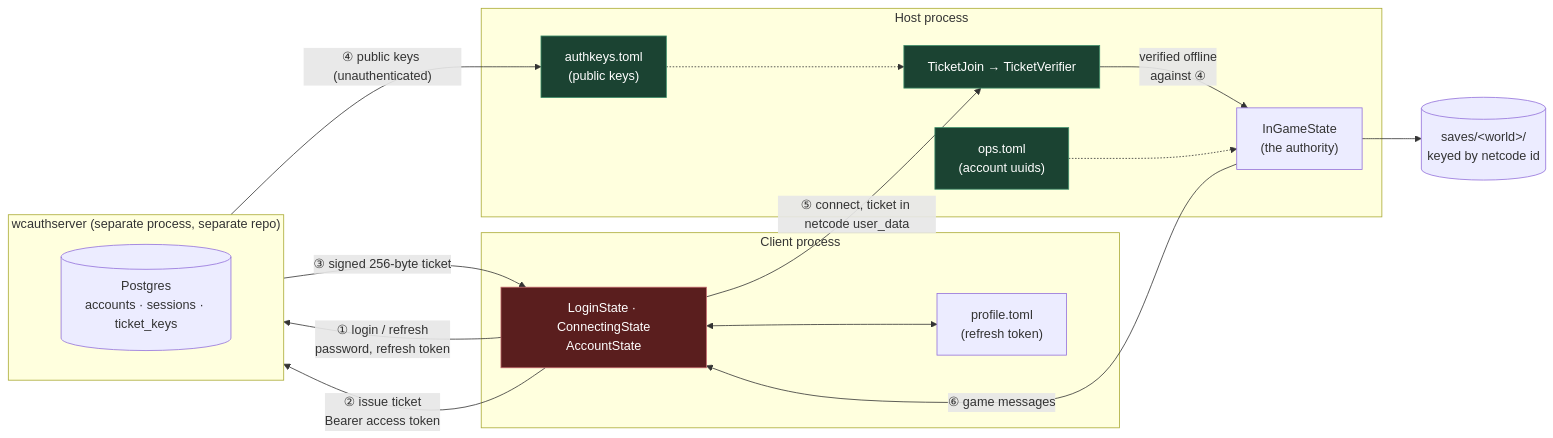
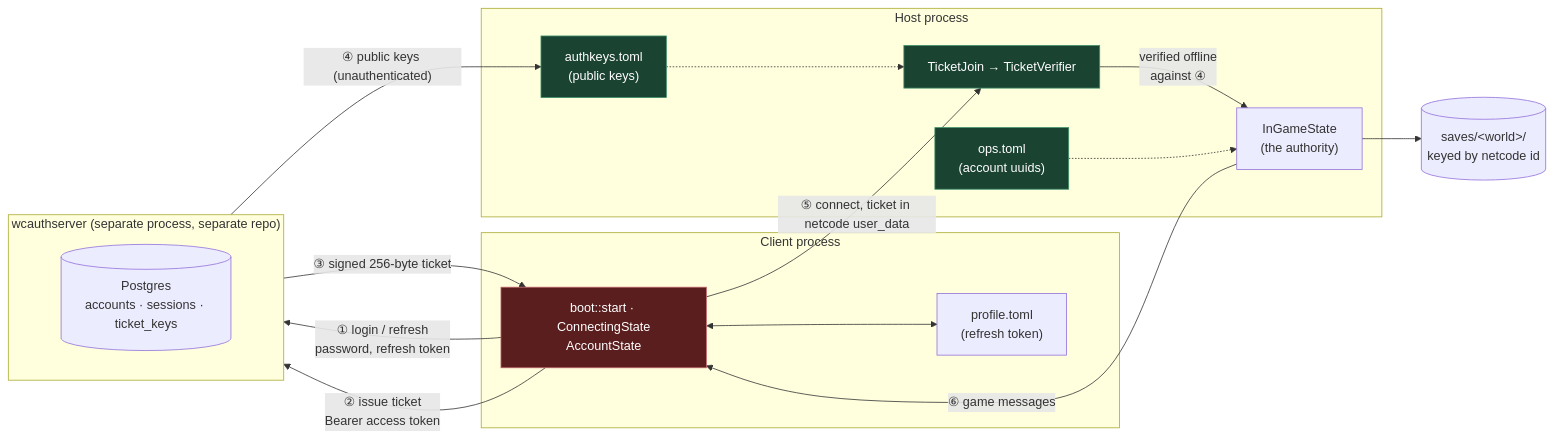
One commit to gustaavik/wyvencraft changed the diagram in docs/README.md. Above: the diagram before and after it, drawn with Mermaid. The commit also changed 18 other files, not shown here.

First line of the commit message:
Refactor authentication flow: remove login screen and integrate account handling

````diff
--- a/docs/README.md
+++ b/docs/README.md
@@ -32,37 +32,37 @@
 ```mermaid
 flowchart LR
     subgraph AS["wcauthserver (separate process, separate repo)"]
         DB[("Postgres<br/>accounts · sessions · ticket_keys")]
     end
 
     subgraph CP["Client process"]
-        CL["LoginState · ConnectingState<br/>AccountState"]
+        CL["boot::start · ConnectingState<br/>AccountState"]
         PT["profile.toml<br/>(refresh token)"]
     end
 
     subgraph HP["Host process"]
         HV["TicketJoin → TicketVerifier"]
         HG["InGameState<br/>(the authority)"]
         AK["authkeys.toml<br/>(public keys)"]
         OPS["ops.toml<br/>(account uuids)"]
     end
 
     SV[("saves/&lt;world&gt;/<br/>keyed by netcode id")]
 
     CL -- "① login / refresh<br/>password, refresh token" --> AS
     CL -- "② issue ticket<br/>Bearer access token" --> AS
     AS -- "③ signed 256-byte ticket" --> CL
     AS -- "④ public keys (unauthenticated)" --> AK
     CL -- "⑤ connect, ticket in netcode user_data" --> HV
     HV -- "verified offline<br/>against ④" --> HG
     AK -.-> HV
     OPS -.-> HG
     HG -- "⑥ game messages" --> CL
     HG --> SV
     CL <--> PT
 
     classDef proven fill:#1b4332,stroke:#40916c,color:#fff
     classDef asserted fill:#5a1e1e,stroke:#c1666b,color:#fff
     class HV,AK,OPS proven
     class CL asserted
 ```
````
